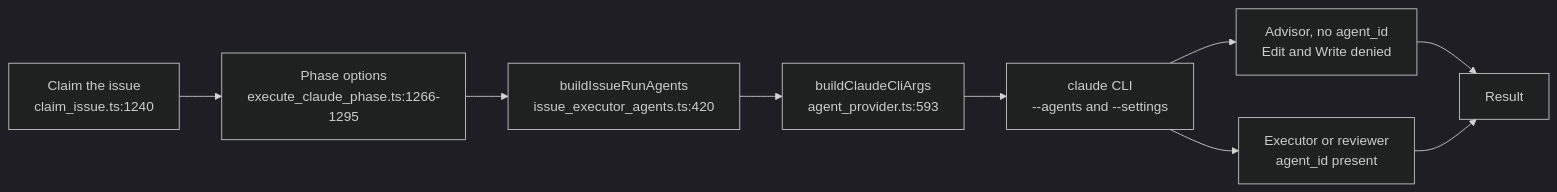
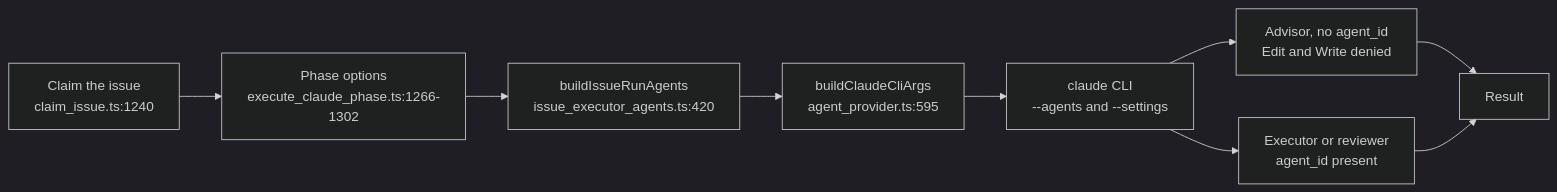
The first of 3 diagrams in docs/MANAGER-WORKER-CONTRACT.md (stSoftwareAU/VibeCoder), drawn with Mermaid (dark theme) before and after one commit. The commit also changed other lines of this file and 2 other files, not shown here.

First line of the commit message:
WIP checkpoint: periodic agent progress snapshot

````diff
--- a/docs/MANAGER-WORKER-CONTRACT.md
+++ b/docs/MANAGER-WORKER-CONTRACT.md
@@ -197,11 +211,11 @@
 ```mermaid
 flowchart LR
-  A["Claim the issue<br/>claim_issue.ts:1240"] --> B["Phase options<br/>execute_claude_phase.ts:1266-1295"]
+  A["Claim the issue<br/>claim_issue.ts:1240"] --> B["Phase options<br/>execute_claude_phase.ts:1266-1302"]
   B --> C["buildIssueRunAgents<br/>issue_executor_agents.ts:420"]
-  C --> D["buildClaudeCliArgs<br/>agent_provider.ts:593"]
+  C --> D["buildClaudeCliArgs<br/>agent_provider.ts:595"]
   D --> E["claude CLI<br/>--agents and --settings"]
   E --> F["Advisor, no agent_id<br/>Edit and Write denied"]
   E --> G["Executor or reviewer<br/>agent_id present"]
   F --> H["Result"]
   G --> H
 ```
````
